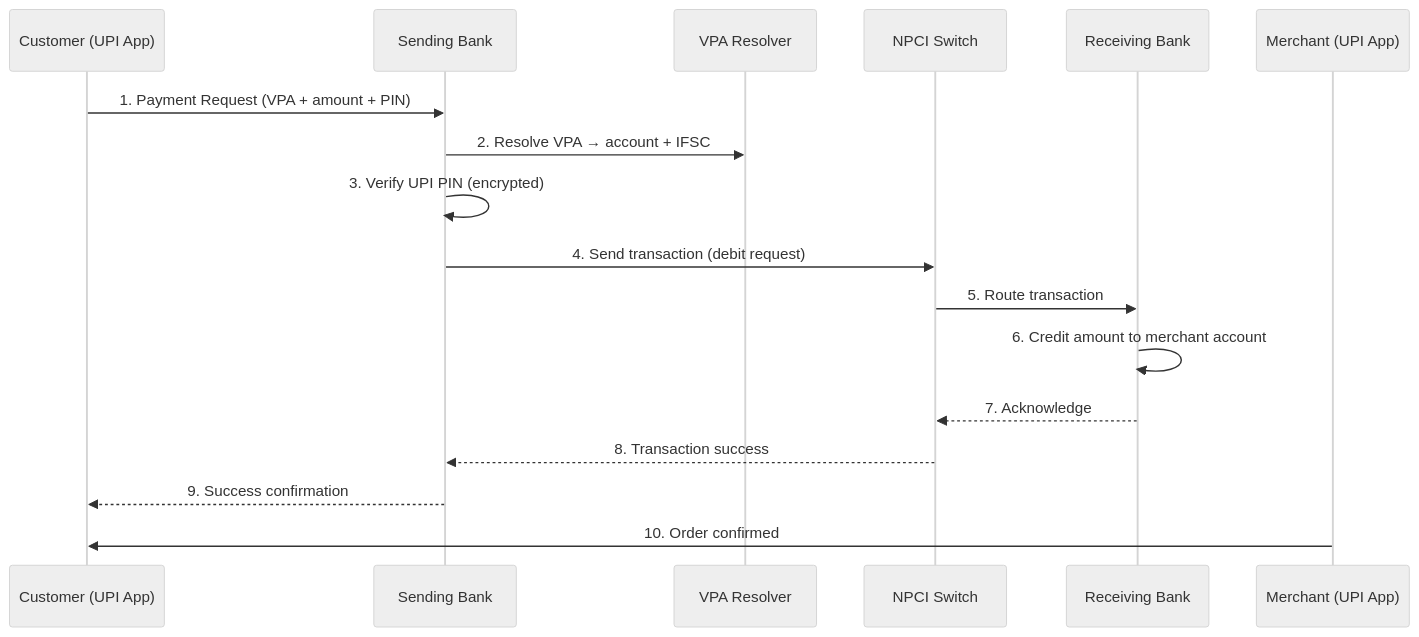
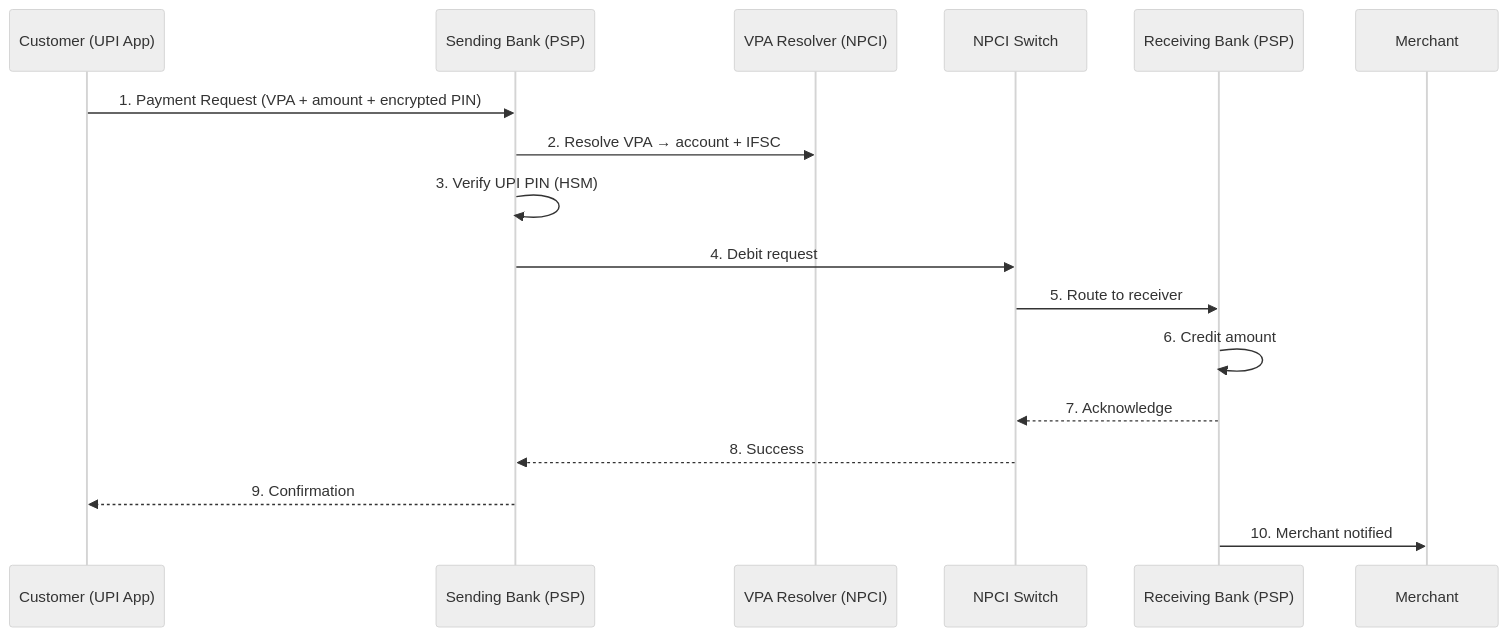
One commit to abhishekghoshh/system-design-helper changed the first of 17 diagrams in docs/system-design/high-level/designing/advanced/upi-payments.md. Above: the diagram before and after it, drawn with Mermaid (neutral theme). The commit also changed other lines of this file and 107 other files, not shown here.

````diff
--- a/docs/system-design/high-level/designing/advanced/upi-payments.md
+++ b/docs/system-design/high-level/designing/advanced/upi-payments.md
@@ -287,20 +76,20 @@
 ```mermaid
 sequenceDiagram
-  participant Customer as Customer (UPI App)
-  participant SendBank as Sending Bank
-  participant VPA as VPA Resolver
-  participant NPCI as NPCI Switch
-  participant RecvBank as Receiving Bank
-  participant Merchant as Merchant (UPI App)
+    participant C as Customer (UPI App)
+    participant SB as Sending Bank (PSP)
+    participant VPA as VPA Resolver (NPCI)
+    participant SW as NPCI Switch
+    participant RB as Receiving Bank (PSP)
+    participant M as Merchant
 
-  Customer->>SendBank: 1. Payment Request (VPA + amount + PIN)
-  SendBank->>VPA: 2. Resolve VPA → account + IFSC
-  SendBank->>SendBank: 3. Verify UPI PIN (encrypted)
-  SendBank->>NPCI: 4. Send transaction (debit request)
-  NPCI->>RecvBank: 5. Route transaction
-  RecvBank->>RecvBank: 6. Credit amount to merchant account
-  RecvBank-->>NPCI: 7. Acknowledge
-  NPCI-->>SendBank: 8. Transaction success
-  SendBank-->>Customer: 9. Success confirmation
-  Merchant->>Customer: 10. Order confirmed
+    C->>SB: 1. Payment Request (VPA + amount + encrypted PIN)
+    SB->>VPA: 2. Resolve VPA → account + IFSC
+    SB->>SB: 3. Verify UPI PIN (HSM)
+    SB->>SW: 4. Debit request
+    SW->>RB: 5. Route to receiver
+    RB->>RB: 6. Credit amount
+    RB-->>SW: 7. Acknowledge
+    SW-->>SB: 8. Success
+    SB-->>C: 9. Confirmation
+    RB->>M: 10. Merchant notified
 ```
````
